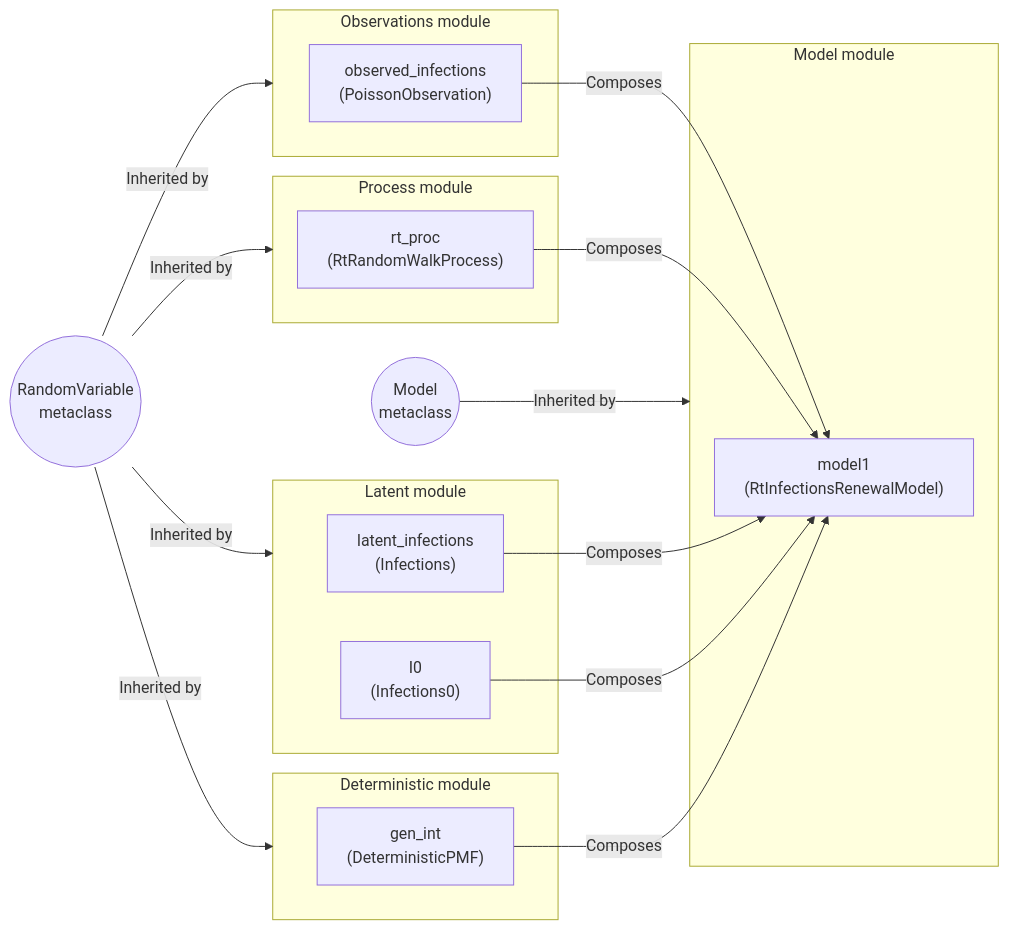
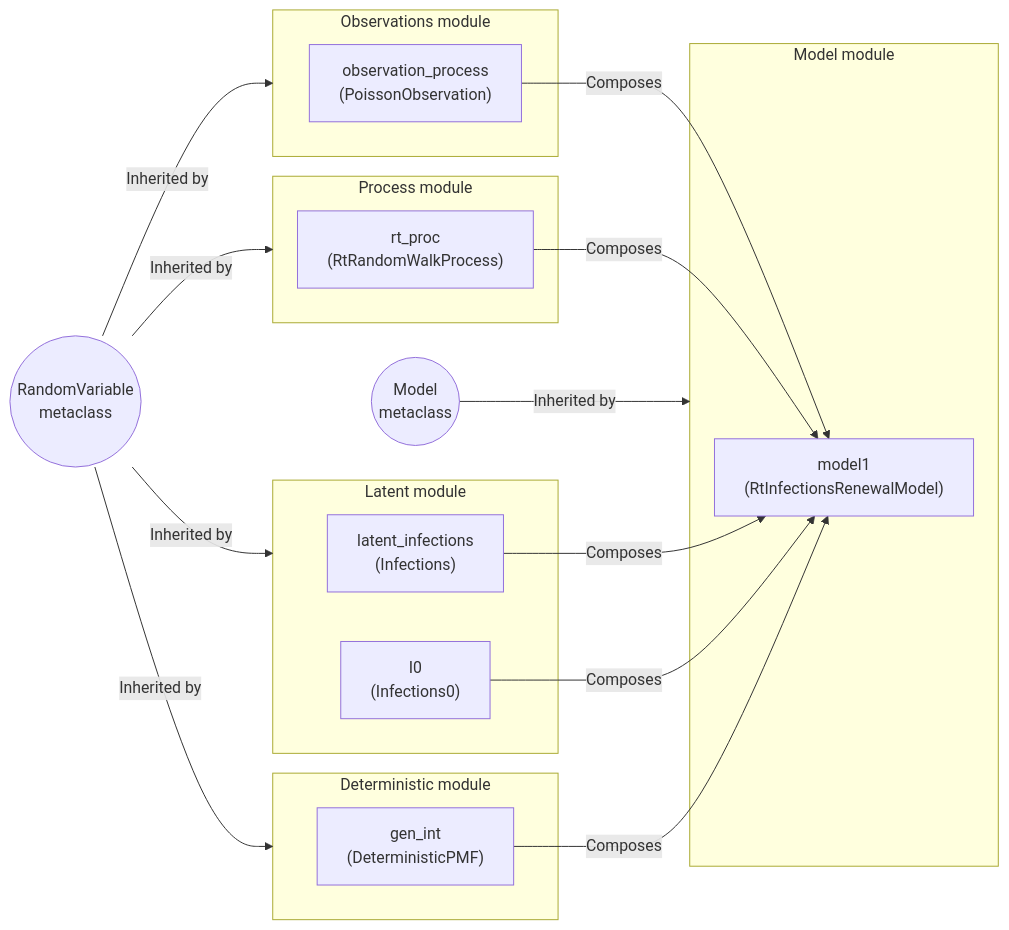
Before and after one commit to CDCgov/PyRenew: the second of 2 diagrams in model/docs/getting-started.qmd, drawn with Mermaid. The commit also changed other lines of this file and 16 other files, not shown here.

````diff
--- a/model/docs/getting-started.qmd
+++ b/model/docs/getting-started.qmd
@@ -189,39 +189,39 @@
 ```{mermaid}
 %%| label: overview-of-RtInfectionsRenewalModel
 flowchart LR
     rand((RandomVariable\nmetaclass))
     models((Model\nmetaclass))
 
     subgraph observations[Observations module]
-        obs["observed_infections\n(PoissonObservation)"]
+        obs["observation_process\n(PoissonObservation)"]
     end
 
     subgraph latent[Latent module]
         inf["latent_infections\n(Infections)"]
         i0["I0\n(Infections0)"]
     end
 
     subgraph process[Process module]
         rt["rt_proc\n(RtRandomWalkProcess)"]
     end
 
     subgraph deterministic[Deterministic module]
         detpmf["gen_int\n(DeterministicPMF)"]
     end
 
     subgraph model[Model module]
         model1["model1\n(RtInfectionsRenewalModel)"]
     end
 
     rand-->|Inherited by|observations
     rand-->|Inherited by|process
     rand-->|Inherited by|latent
     rand-->|Inherited by|deterministic
     models-->|Inherited by|model
 
     detpmf-->|Composes|model1
     i0-->|Composes|model1
     rt-->|Composes|model1
     obs-->|Composes|model1
     inf-->|Composes|model1
 ```
````
